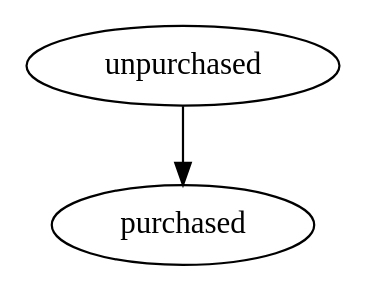
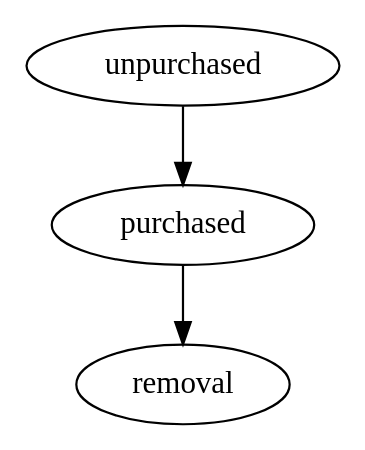
The diagram in examples/ottawa/entities/people/badhairremoval/values.dot (maelys-mcardle/adventure), drawn with Graphviz before and after one commit. The commit also changed 3 other files, not shown here.

```diff
--- a/examples/ottawa/entities/people/badhairremoval/values.dot
+++ b/examples/ottawa/entities/people/badhairremoval/values.dot
@@ -1,3 +1,3 @@
 digraph session {
-  unpurchased -> purchased
+  unpurchased -> purchased -> removal
 }
```
